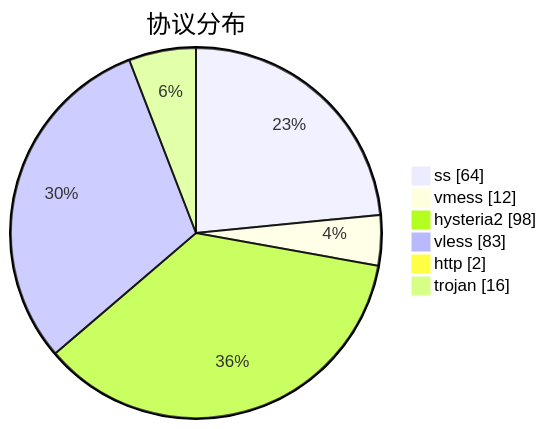
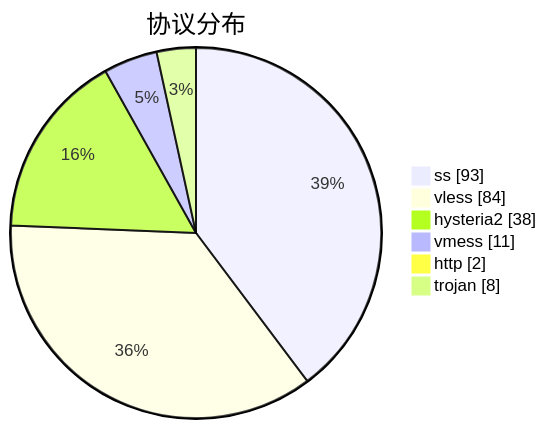
Before and after one commit to sinspired/airport: the third of 3 diagrams in subs/statistics/tested_within.md, drawn with Mermaid. The commit also changed other lines of this file and 2 other files, not shown here.

````diff
--- a/subs/statistics/tested_within.md
+++ b/subs/statistics/tested_within.md
@@ -37,10 +43,10 @@
 ```mermaid
 pie showData
 title 协议分布
-"ss" : 64
-"vmess" : 12
-"hysteria2" : 98
-"vless" : 83
+"ss" : 93
+"vless" : 84
+"hysteria2" : 38
+"vmess" : 11
 "http" : 2
-"trojan" : 16
+"trojan" : 8
 ```
````
